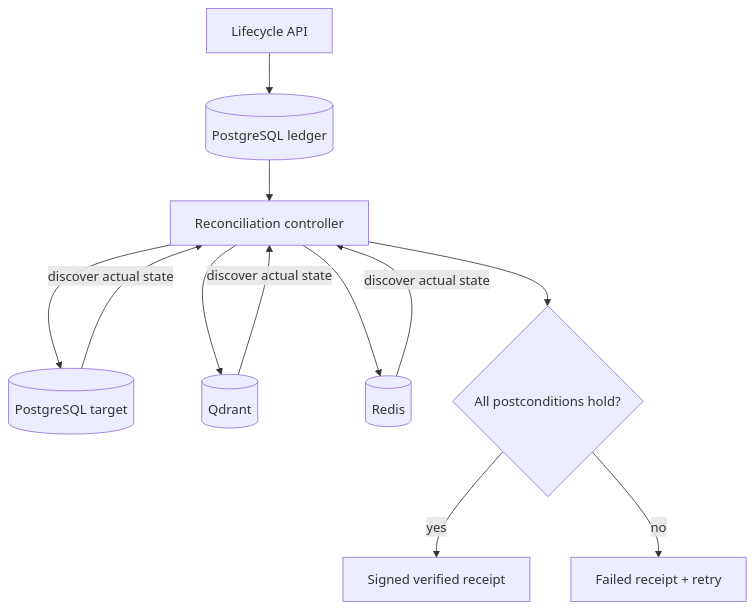
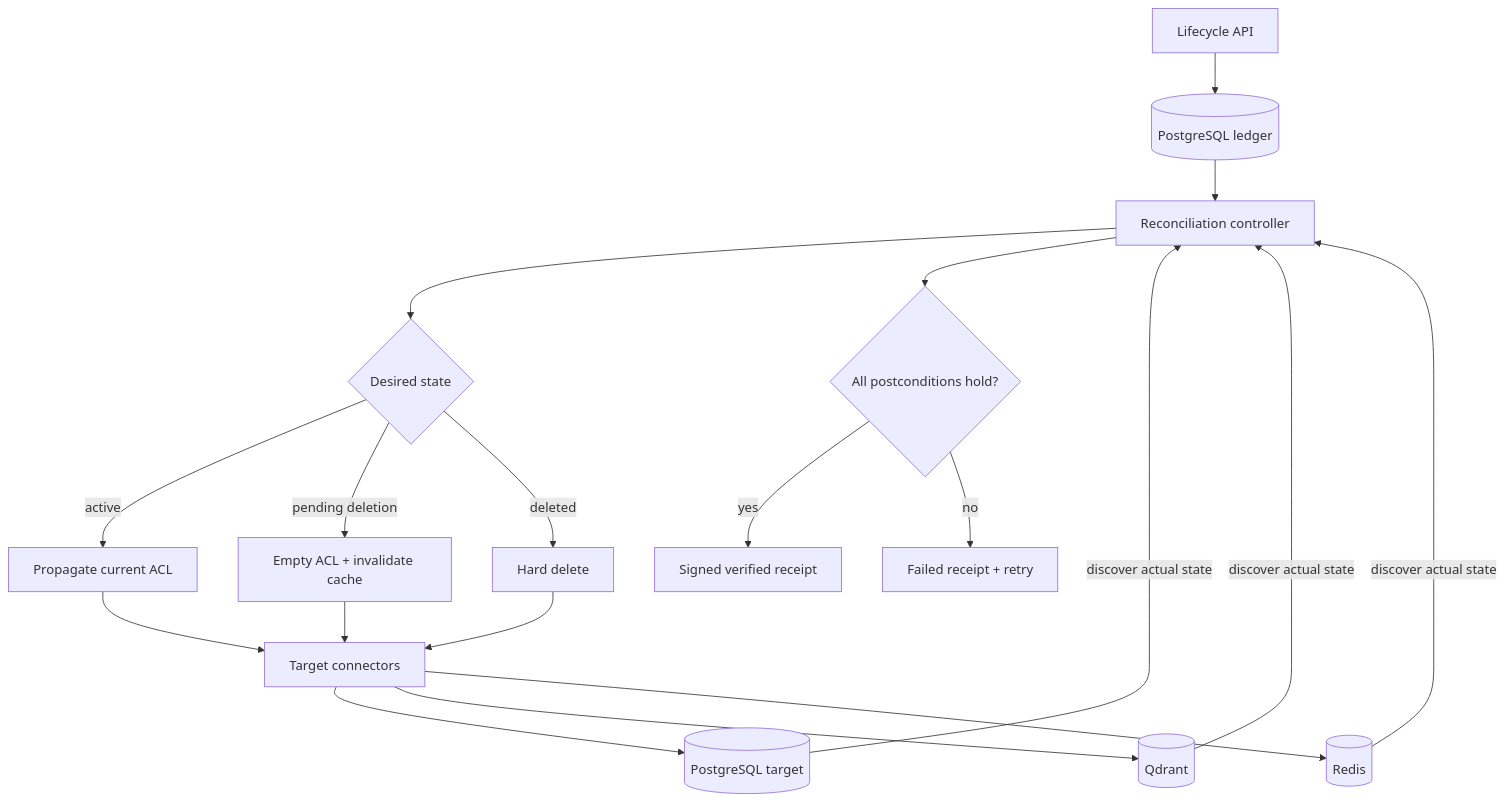
The diagram in docs/architecture.md (mrhello291/VectorLedger), drawn with Mermaid before and after one commit. The commit also changed 27 other files, not shown here.

````diff
--- a/docs/architecture.md
+++ b/docs/architecture.md
@@ -7,14 +7,21 @@
 ```mermaid
 flowchart TD
     E[Lifecycle API] --> L[(PostgreSQL ledger)]
     L --> C[Reconciliation controller]
-    C --> P[(PostgreSQL target)]
-    C --> Q[(Qdrant)]
-    C --> R[(Redis)]
+    C --> M{Desired state}
+    M -- active --> A[Propagate current ACL]
+    M -- pending deletion --> QN[Empty ACL + invalidate cache]
+    M -- deleted --> HD[Hard delete]
+    A --> T[Target connectors]
+    QN --> T
+    HD --> T
+    T --> P[(PostgreSQL target)]
+    T --> Q[(Qdrant)]
+    T --> R[(Redis)]
     P -- discover actual state --> C
     Q -- discover actual state --> C
     R -- discover actual state --> C
     C --> X{All postconditions hold?}
     X -- yes --> S[Signed verified receipt]
     X -- no --> F[Failed receipt + retry]
 ```
````
